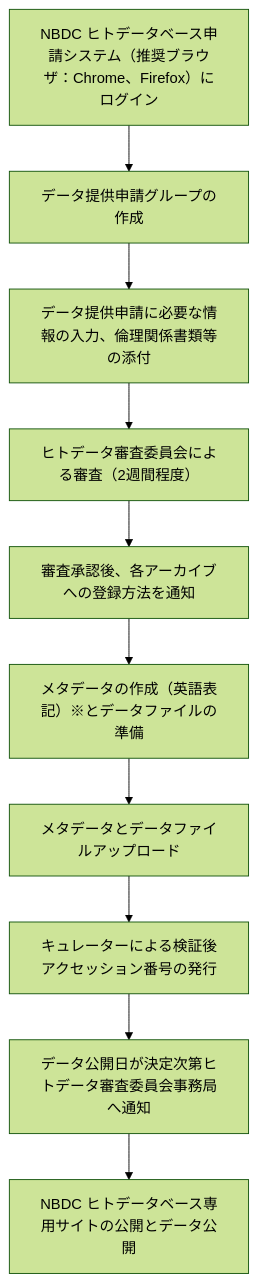
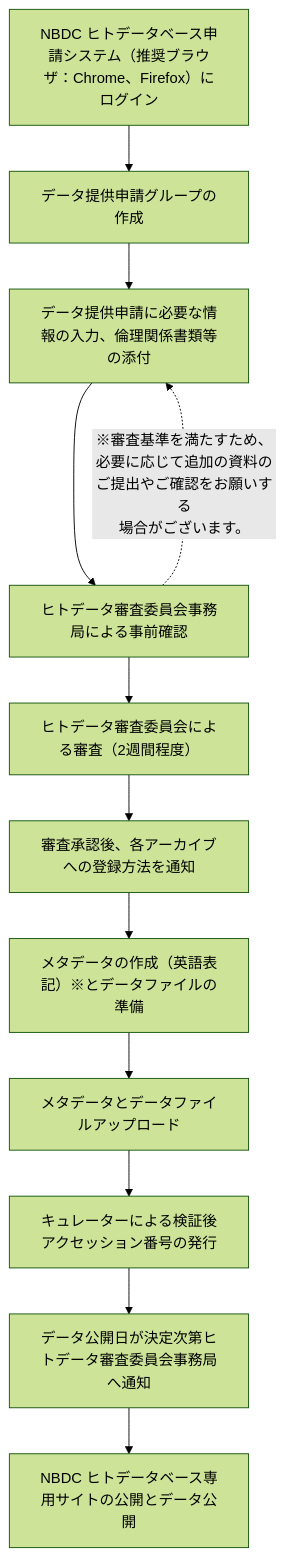
The first of 2 diagrams in page-contents/humandbs/index.md (ddbj/db-portal), drawn with Mermaid (forest theme) before and after one commit. The commit also changed 1 other file, not shown here.

Commit message:
Add preliminary secretariat check step to the data submission flowchart, with a feedback loop for additional document requests

````diff
--- a/page-contents/humandbs/index.md
+++ b/page-contents/humandbs/index.md
@@ -80,14 +80,16 @@
 ```mermaid
 flowchart TD
   S1[NBDC ヒトデータベース申請システム（推奨ブラウザ：Chrome、Firefox）にログイン]
   S2[データ提供申請グループの作成]
   S3[データ提供申請に必要な情報の入力、倫理関係書類等の添付]
-  S4[ヒトデータ審査委員会による審査（2週間程度）]
-  S5[審査承認後、各アーカイブへの登録方法を通知]
-  S6[メタデータの作成（英語表記）※とデータファイルの準備]
-  S7[メタデータとデータファイルアップロード]
-  S8[キュレーターによる検証後アクセッション番号の発行]
-  S9[データ公開日が決定次第ヒトデータ審査委員会事務局へ通知]
-  S10[NBDC ヒトデータベース専用サイトの公開とデータ公開]
-  S1 --> S2 --> S3 --> S4 --> S5 --> S6 --> S7 --> S8 --> S9 --> S10
+  S4[ヒトデータ審査委員会事務局による事前確認]
+  S5[ヒトデータ審査委員会による審査（2週間程度）]
+  S6[審査承認後、各アーカイブへの登録方法を通知]
+  S7[メタデータの作成（英語表記）※とデータファイルの準備]
+  S8[メタデータとデータファイルアップロード]
+  S9[キュレーターによる検証後アクセッション番号の発行]
+  S10[データ公開日が決定次第ヒトデータ審査委員会事務局へ通知]
+  S11[NBDC ヒトデータベース専用サイトの公開とデータ公開]
+  S1 --> S2 --> S3 --> S4 --> S5 --> S6 --> S7 --> S8 --> S9 --> S10 --> S11
+  S4 -..->|"※審査基準を満たすため、<br>必要に応じて追加の資料の<br>ご提出やご確認をお願いする<br>場合がございます。"| S3
 ```
````
